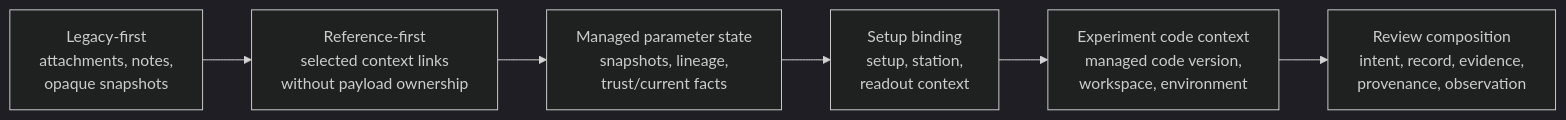
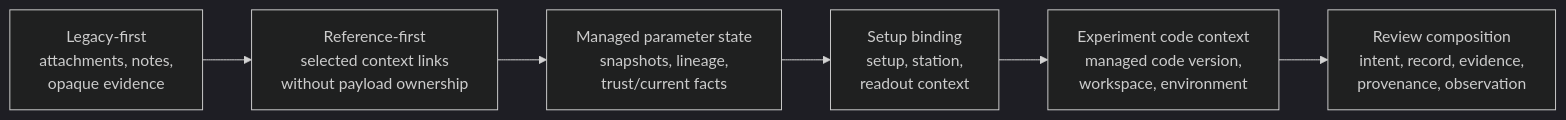
One commit to kahojyun/scopecat changed the first of 3 diagrams in docs/discovery/synthesis/measurement-context-workflow-review-strategy.md. Above: the diagram before and after it, drawn with Mermaid (dark theme). The commit also changed other lines of this file and 7 other files, not shown here.

````diff
--- a/docs/discovery/synthesis/measurement-context-workflow-review-strategy.md
+++ b/docs/discovery/synthesis/measurement-context-workflow-review-strategy.md
@@ -29,11 +29,11 @@
 ```mermaid
 flowchart LR
-  L0["Legacy-first\nattachments, notes,\nopaque snapshots"]
+  L0["Legacy-first\nattachments, notes,\nopaque evidence"]
   L1["Reference-first\nselected context links\nwithout payload ownership"]
   L2["Managed parameter state\nsnapshots, lineage,\ntrust/current facts"]
   L3["Setup binding\nsetup, station,\nreadout context"]
   L4["Experiment code context\nmanaged code version,\nworkspace, environment"]
   L5["Review composition\nintent, record, evidence,\nprovenance, observation"]
 
   L0 --> L1 --> L2 --> L3 --> L4 --> L5
 ```
````
